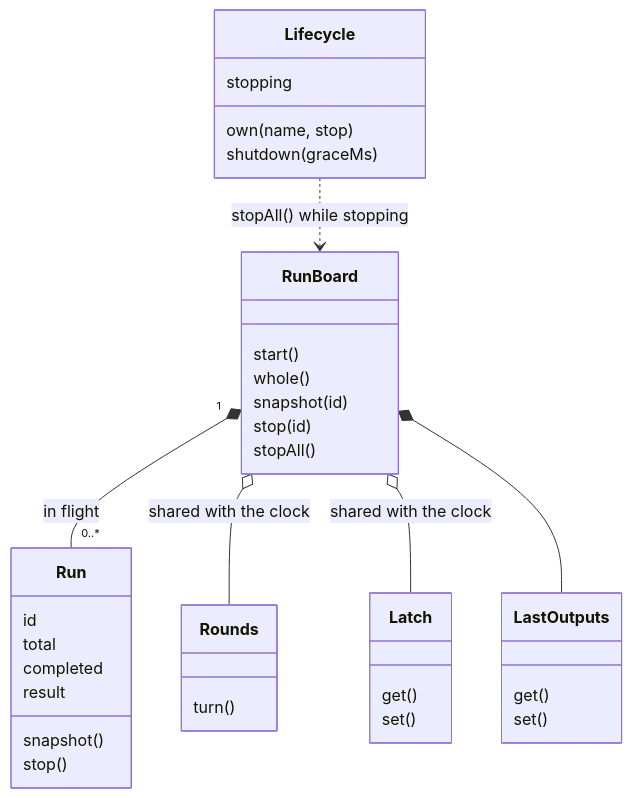
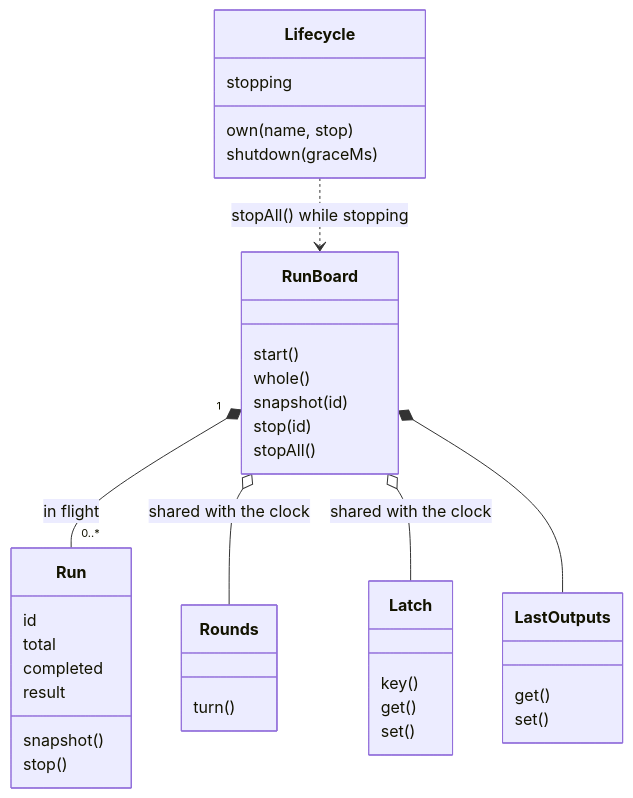
Before and after one commit to Archimedes79/AI_Graph: the sixth of 8 diagrams in arch/overview.md, drawn with Mermaid. The commit also changed other lines of this file and 5 other files, not shown here.

First line of the commit message:
fix(execution): a held value and a round's turn belong to their own graph

````diff
--- a/arch/overview.md
+++ b/arch/overview.md
@@ -328,39 +328,40 @@
 ```mermaid
 classDiagram
   class Lifecycle {
     own(name, stop)
     shutdown(graceMs)
     stopping
   }
   class RunBoard {
     start()
     whole()
     snapshot(id)
     stop(id)
     stopAll()
   }
   class Run {
     id
     total
     completed
     result
     snapshot()
     stop()
   }
   class Rounds {
     turn()
   }
   class Latch {
+    key()
     get()
     set()
   }
   class LastOutputs {
     get()
     set()
   }
   RunBoard "1" *-- "0..*" Run : in flight
   RunBoard o-- Rounds : shared with the clock
   RunBoard o-- Latch : shared with the clock
   RunBoard *-- LastOutputs
   Lifecycle ..> RunBoard : stopAll() while stopping
 ```
````
